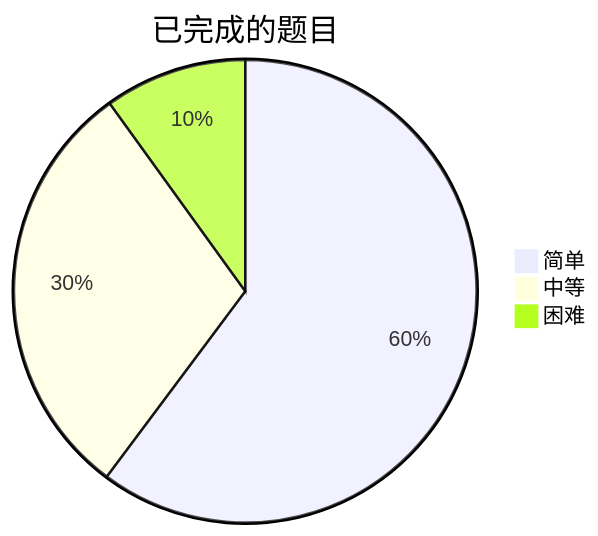
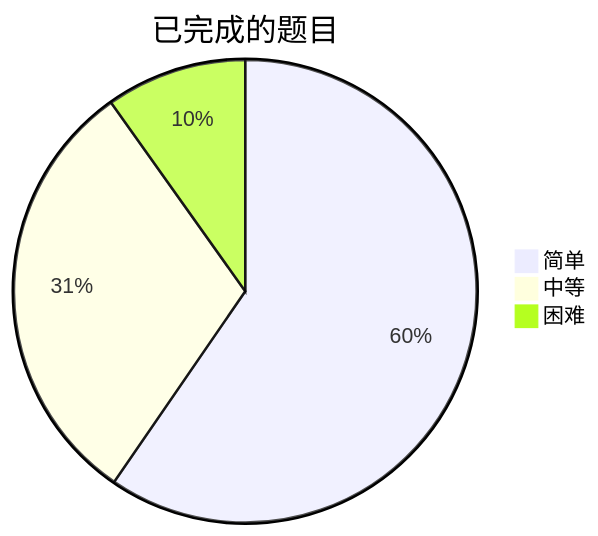
Before and after one commit to kaisa911/LeetCode: the diagram in README.md, drawn with Mermaid. The commit also changed other lines of this file and 2 other files, not shown here.

````diff
--- a/README.md
+++ b/README.md
@@ -10,7 +12,7 @@
 ```mermaid
 pie title 已完成的题目
     "简单" : 115
-    "中等" : 57
+    "中等" : 59
     "困难" : 19
 
 ```
````
